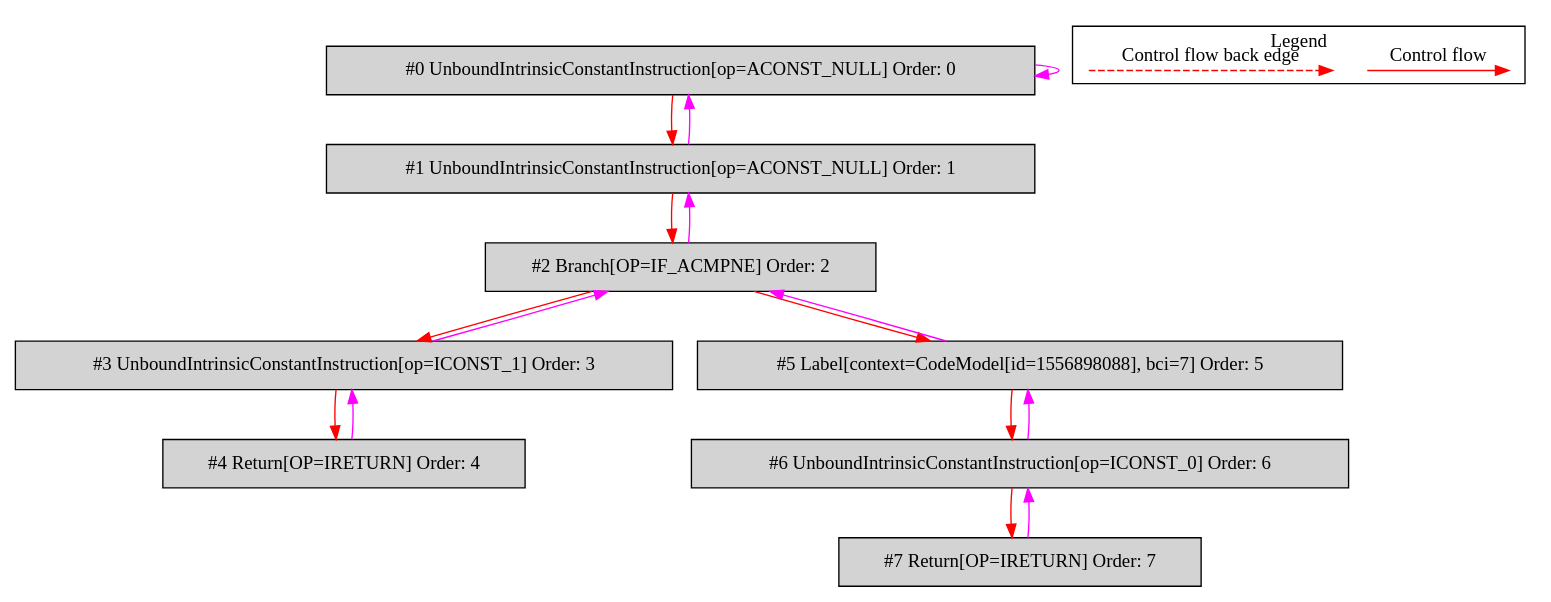
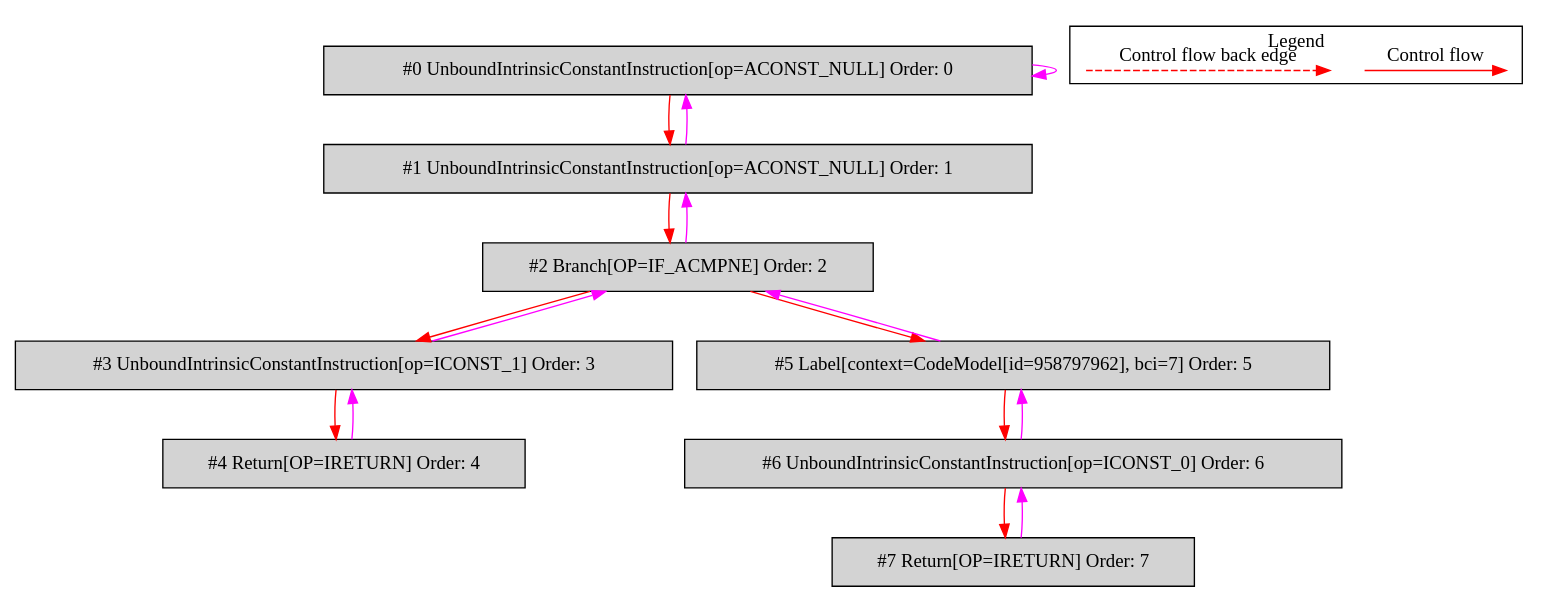
The diagram in de.mirkosertic.metair.ir.OpcodeIFACMPNETest/test_IF_ACMPNE/bytecodecfg.dot (mirkosertic/MetaIR), drawn with Graphviz before and after one commit. The commit also changed 1232 other files, not shown here.

```diff
--- a/de.mirkosertic.metair.ir.OpcodeIFACMPNETest/test_IF_ACMPNE/bytecodecfg.dot
+++ b/de.mirkosertic.metair.ir.OpcodeIFACMPNETest/test_IF_ACMPNE/bytecodecfg.dot
@@ -1,40 +1,40 @@
 digraph {
  ordering="in";
  node0[label="#0 UnboundIntrinsicConstantInstruction[op=ACONST_NULL] Order: 0", shape=box, fillcolor=lightgrey, style=filled];
  node1[label="#1 UnboundIntrinsicConstantInstruction[op=ACONST_NULL] Order: 1", shape=box, fillcolor=lightgrey, style=filled];
  node2[label="#2 Branch[OP=IF_ACMPNE] Order: 2", shape=box, fillcolor=lightgrey, style=filled];
  node3[label="#3 UnboundIntrinsicConstantInstruction[op=ICONST_1] Order: 3", shape=box, fillcolor=lightgrey, style=filled];
  node4[label="#4 Return[OP=IRETURN] Order: 4", shape=box, fillcolor=lightgrey, style=filled];
- node5[label="#5 Label[context=CodeModel[id=1556898088], bci=7] Order: 5", shape=box, fillcolor=lightgrey, style=filled];
+ node5[label="#5 Label[context=CodeModel[id=958797962], bci=7] Order: 5", shape=box, fillcolor=lightgrey, style=filled];
  node6[label="#6 UnboundIntrinsicConstantInstruction[op=ICONST_0] Order: 6", shape=box, fillcolor=lightgrey, style=filled];
  node7[label="#7 Return[OP=IRETURN] Order: 7", shape=box, fillcolor=lightgrey, style=filled];
  node0 -> node0[color=fuchsia];
  node0 -> node1[color=red];
  node1 -> node0[color=fuchsia];
  node1 -> node2[color=red];
  node2 -> node1[color=fuchsia];
  node2 -> node3[color=red];
  node3 -> node2[color=fuchsia];
  node3 -> node4[color=red];
  node4 -> node3[color=fuchsia];
  node2 -> node5[color=red];
  node5 -> node2[color=fuchsia];
  node5 -> node6[color=red];
  node6 -> node5[color=fuchsia];
  node6 -> node7[color=red];
  node7 -> node6[color=fuchsia];
  subgraph cluster_000 {
   label = "Legend";
   node [shape=point]
   {
    rank=same;
    c0 [style = invis];
    c1 [style = invis];
    c2 [style = invis];
    c3 [style = invis];
   }
   c0 -> c1 [label="Control flow", style=solid, color=red]
   c2 -> c3 [label="Control flow back edge", style=dashed, color=red]
  }
 
 }
```
